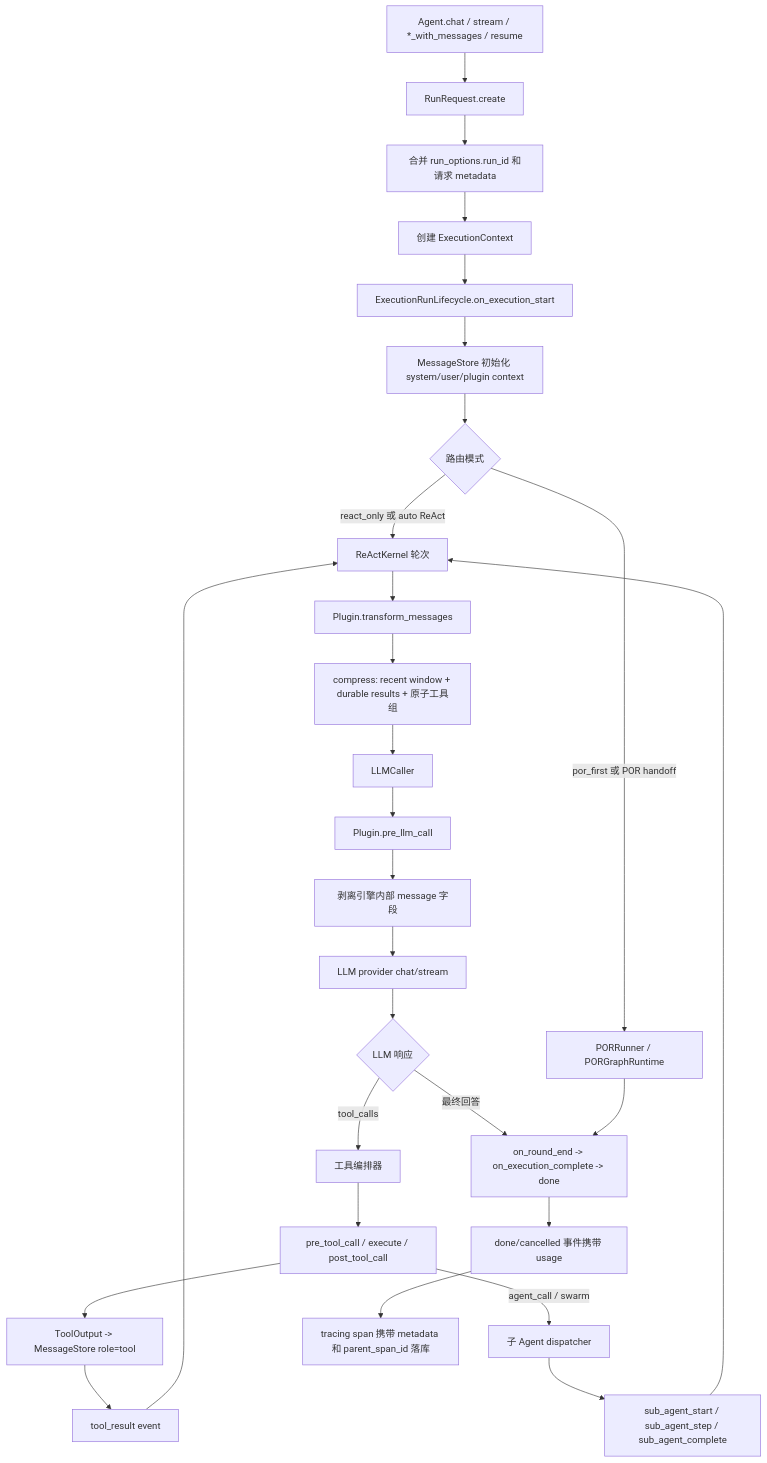
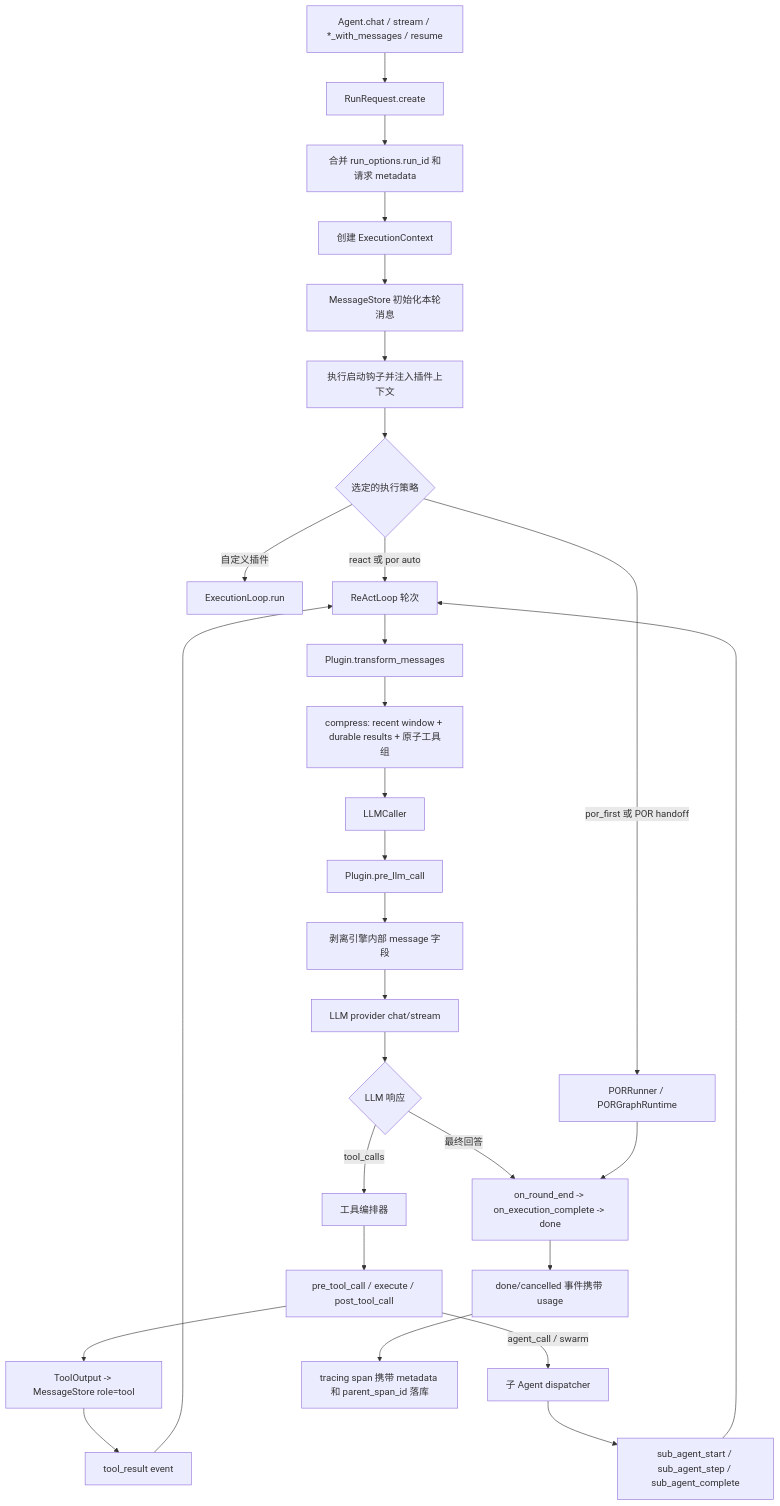
The second of 2 diagrams in README.zh-CN.md (axclogo/AxcAgentEngine), drawn with Mermaid before and after one commit. The commit also changed other lines of this file and 382 other files, not shown here.

````diff
--- a/README.zh-CN.md
+++ b/README.zh-CN.md
@@ -441,30 +457,31 @@
 ```mermaid
 flowchart TD
     A["Agent.chat / stream / *_with_messages / resume"] --> B["RunRequest.create"]
     B --> C["合并 run_options.run_id 和请求 metadata"]
     C --> D["创建 ExecutionContext"]
-    D --> E["ExecutionRunLifecycle.on_execution_start"]
-    E --> F["MessageStore 初始化 system/user/plugin context"]
-    F --> G{"路由模式"}
-    G -->|react_only 或 auto ReAct| H["ReActKernel 轮次"]
+    D --> E["MessageStore 初始化本轮消息"]
+    E --> F["执行启动钩子并注入插件上下文"]
+    F --> G{"选定的执行策略"}
+    G -->|自定义插件| Custom["ExecutionLoop.run"]
+    G -->|react 或 por auto| H["ReActLoop 轮次"]
     G -->|por_first 或 POR handoff| I["PORRunner / PORGraphRuntime"]
     H --> J["Plugin.transform_messages"]
     J --> K["compress: recent window + durable results + 原子工具组"]
     K --> L["LLMCaller"]
     L --> M["Plugin.pre_llm_call"]
     M --> N["剥离引擎内部 message 字段"]
     N --> O["LLM provider chat/stream"]
     O --> P{"LLM 响应"}
     P -->|最终回答| Q["on_round_end -> on_execution_complete -> done"]
     P -->|tool_calls| R["工具编排器"]
     R --> S["pre_tool_call / execute / post_tool_call"]
     S --> T["ToolOutput -> MessageStore role=tool"]
     T --> U["tool_result event"]
     U --> H
     S -->|agent_call / swarm| V["子 Agent dispatcher"]
     V --> W["sub_agent_start / sub_agent_step / sub_agent_complete"]
     W --> H
     I --> Q
     Q --> X["done/cancelled 事件携带 usage"]
     X --> Y["tracing span 携带 metadata 和 parent_span_id 落库"]
 ```
````
